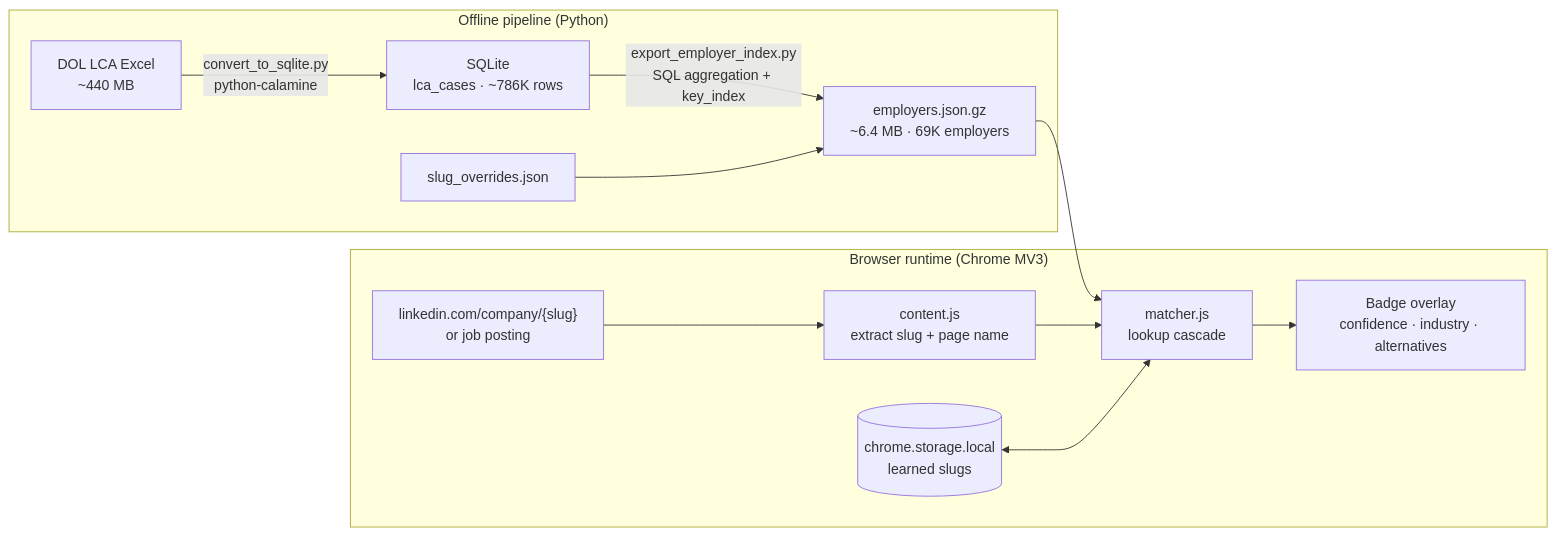
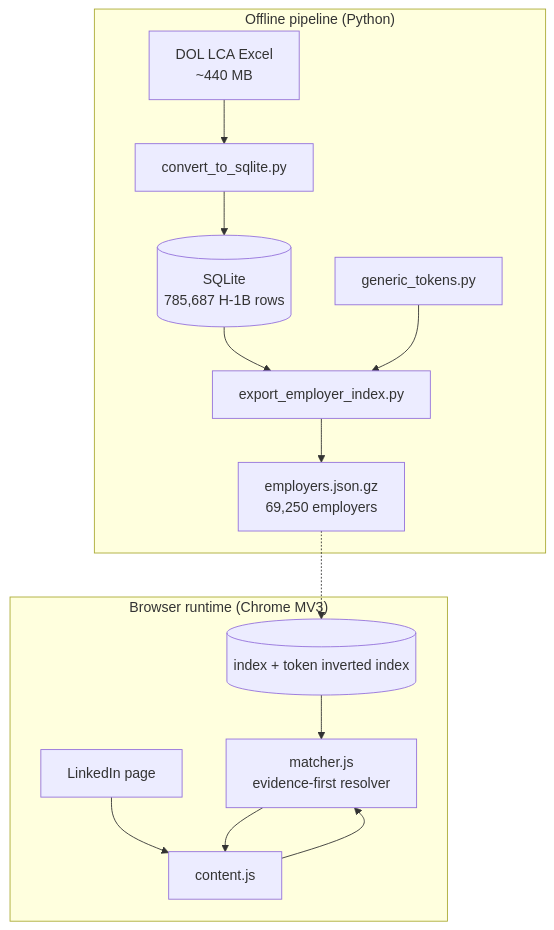
The first of 8 diagrams in README.md (nicole732470/joblens), drawn with Mermaid before and after one commit. The commit also changed other lines of this file and 7 other files, not shown here.

First line of the commit message:
Refactor matcher to evidence-first entity resolution (v1.6.1).

````diff
--- a/README.md
+++ b/README.md
@@ -68,21 +66,22 @@
 ```mermaid
-flowchart LR
+flowchart TB
   subgraph offline["Offline pipeline (Python)"]
     XLSX["DOL LCA Excel\n~440 MB"]
-    SQLITE["SQLite\nlca_cases · ~786K rows"]
-    INDEX["employers.json.gz\n~6.4 MB · 69K employers"]
-    XLSX -->|"convert_to_sqlite.py\npython-calamine"| SQLITE
-    SQLITE -->|"export_employer_index.py\nSQL aggregation + key_index"| INDEX
-    OVERRIDES["slug_overrides.json"] --> INDEX
+    CONV["convert_to_sqlite.py"]
+    DB[("SQLite\n785,687 H-1B rows")]
+    EXP["export_employer_index.py"]
+    TOK["generic_tokens.py"]
+    GZ["employers.json.gz\n69,250 employers"]
+    XLSX --> CONV --> DB --> EXP
+    TOK --> EXP --> GZ
   end
 
   subgraph browser["Browser runtime (Chrome MV3)"]
-    LI["linkedin.com/company/{slug}\nor job posting"]
-    DOM["content.js\nextract slug + page name"]
-    MATCH["matcher.js\nlookup cascade"]
-    UI["Badge overlay\nconfidence · industry · alternatives"]
-    INDEX --> MATCH
-    LI --> DOM --> MATCH --> UI
-    STORAGE[("chrome.storage.local\nlearned slugs")] <--> MATCH
+    LI["LinkedIn page"]
+    CS["content.js"]
+    MAT["matcher.js\nevidence-first resolver"]
+    IDX[("index + token inverted index")]
+    LI --> CS --> MAT
+    GZ -.-> IDX --> MAT --> CS
   end
 ```
````
